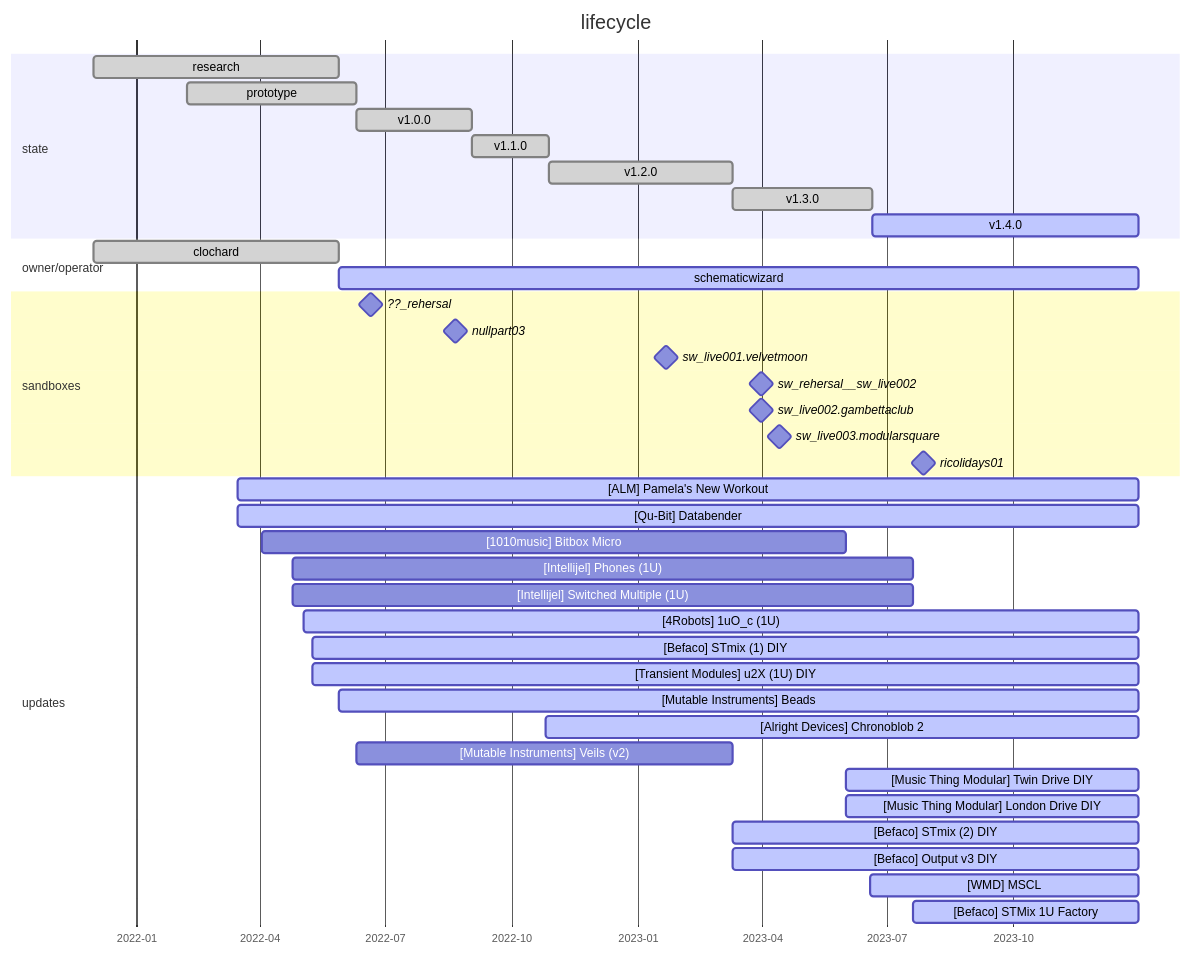
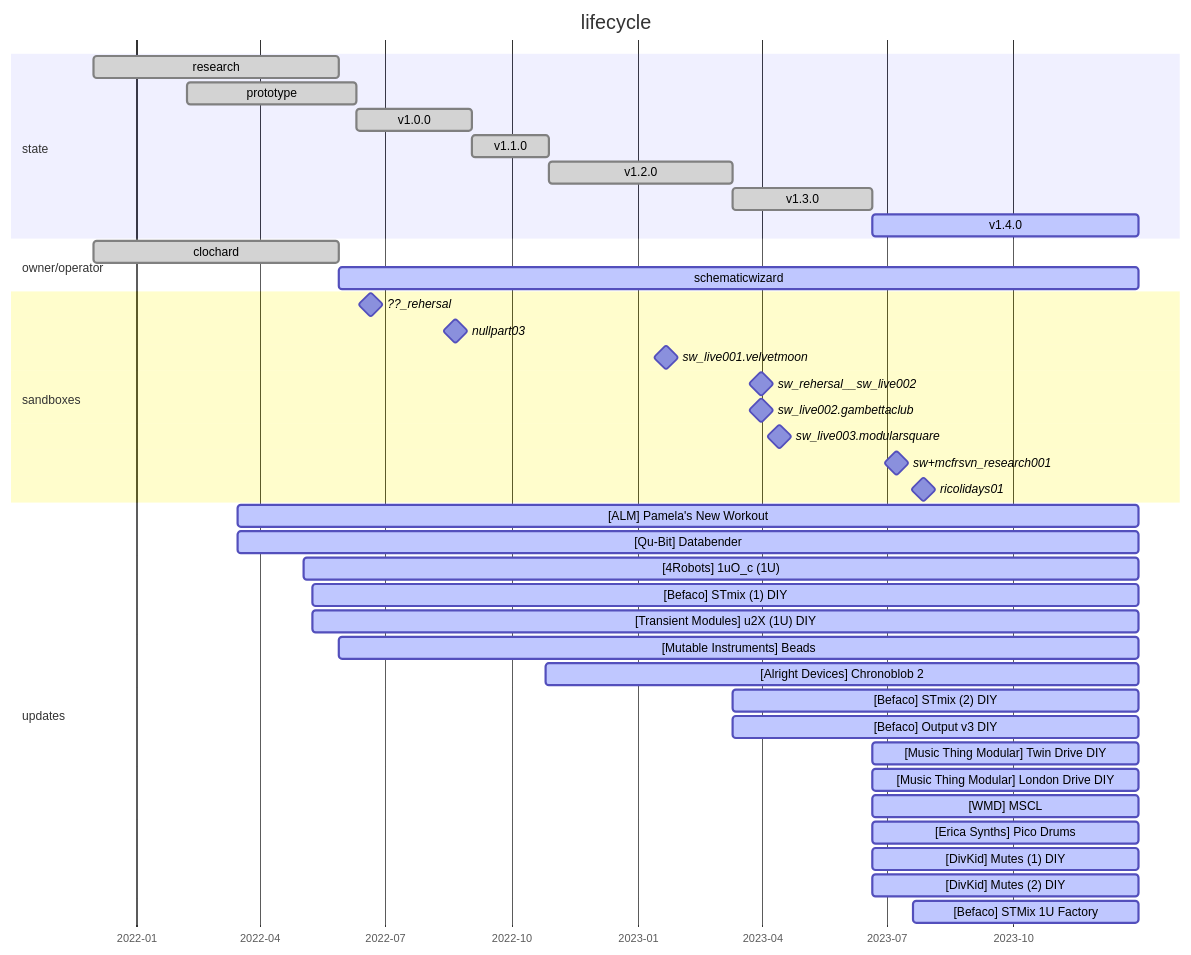
One commit to bill-of-materials/data changed the diagram in ELEMENTS/ELM-0004/ELM-0004.md. Above: the diagram before and after it, drawn with Mermaid. The commit also changed other lines of this file and 5 other files, not shown here.

````diff
--- a/ELEMENTS/ELM-0004/ELM-0004.md
+++ b/ELEMENTS/ELM-0004/ELM-0004.md
@@ -9,49 +9,49 @@
 ``` mermaid
 gantt
   todayMarker off
 
   title         lifecycle
   dateFormat    YYYY-MM-DD
   axisFormat    %Y-%m
 
   section state
   research   :done,      2021-12-01, 2022-05-28
   prototype  :done,      2022-02-07, 2022-06-10
   v1.0.0     :done,      2022-06-10, 2022-09-02
   v1.1.0     :done,      2022-09-02, 2022-10-28
   v1.2.0     :done,      2022-10-28, 2023-03-11
   v1.3.0     :done,      2023-03-11, 2023-06-20
   v1.4.0     :active,    2023-06-20, 2023-12-31
 
   section owner/operator
   clochard          :done,      2021-12-01, 2022-05-28
   schematicwizard   :active,    2022-05-28, 2023-12-31
 
   section sandboxes
   ??_rehersal                  :milestone, 2022-06-20, 1d
   nullpart03                   :milestone, 2022-08-14, 2022-08-28
   sw_live001.velvetmoon        :milestone, 2023-01-21, 1d
   sw_rehersal__sw_live002      :milestone, 2023-03-31, 1d
   sw_live002.gambettaclub      :milestone, 2023-03-31, 1d
   sw_live003.modularsquare     :milestone, 2023-04-13, 1d
+  sw+mcfrsvn_research001       :milestone, 2023-07-07, 2d
   ricolidays01                 :milestone, 2023-07-24, 2023-07-31
 
   section updates
   [ALM] Pamela's New Workout                    :active,    2022-03-16, 2023-12-31
   [Qu-Bit] Databender                           :active,    2022-03-16, 2023-12-31
-  [1010music] Bitbox Micro                      : ,         2022-04-02, 2023-06-01
-  [Intellijel] Phones (1U)                      : ,         2022-04-25, 2023-07-20
-  [Intellijel] Switched Multiple (1U)           : ,         2022-04-25, 2023-07-20
   [4Robots] 1uO_c (1U)                          :active,    2022-05-03, 2023-12-31
   [Befaco] STmix (1) DIY                        :active,    2022-05-09, 2023-12-31
   [Transient Modules] u2X (1U) DIY              :active,    2022-05-09, 2023-12-31
   [Mutable Instruments] Beads                   :active,    2022-05-28, 2023-12-31
   [Alright Devices] Chronoblob 2                :active,    2022-10-26, 2023-12-31
-  [Mutable Instruments] Veils (v2)              : ,         2022-06-10, 2023-03-11
-  [Music Thing Modular] Twin Drive DIY          :active,    2023-06-01, 2023-12-31
-  [Music Thing Modular] London Drive DIY        :active,    2023-06-01, 2023-12-31
   [Befaco] STmix (2) DIY                        :active,    2023-03-11, 2023-12-31
   [Befaco] Output v3 DIY                        :active,    2023-03-11, 2023-12-31
-  [WMD] MSCL                                    :active,    2023-06-19, 2023-12-31
+  [Music Thing Modular] Twin Drive DIY          :active,    2023-06-20, 2023-12-31
+  [Music Thing Modular] London Drive DIY        :active,    2023-06-20, 2023-12-31
+  [WMD] MSCL                                    :active,    2023-06-20, 2023-12-31
+  [Erica Synths] Pico Drums                     :active,    2023-06-20, 2023-12-31
+  [DivKid] Mutes (1) DIY                        :active,    2023-06-20, 2023-12-31
+  [DivKid] Mutes (2) DIY                        :active,    2023-06-20, 2023-12-31
   [Befaco] STMix 1U Factory                     :active,    2023-07-20, 2023-12-31
 ```
````
